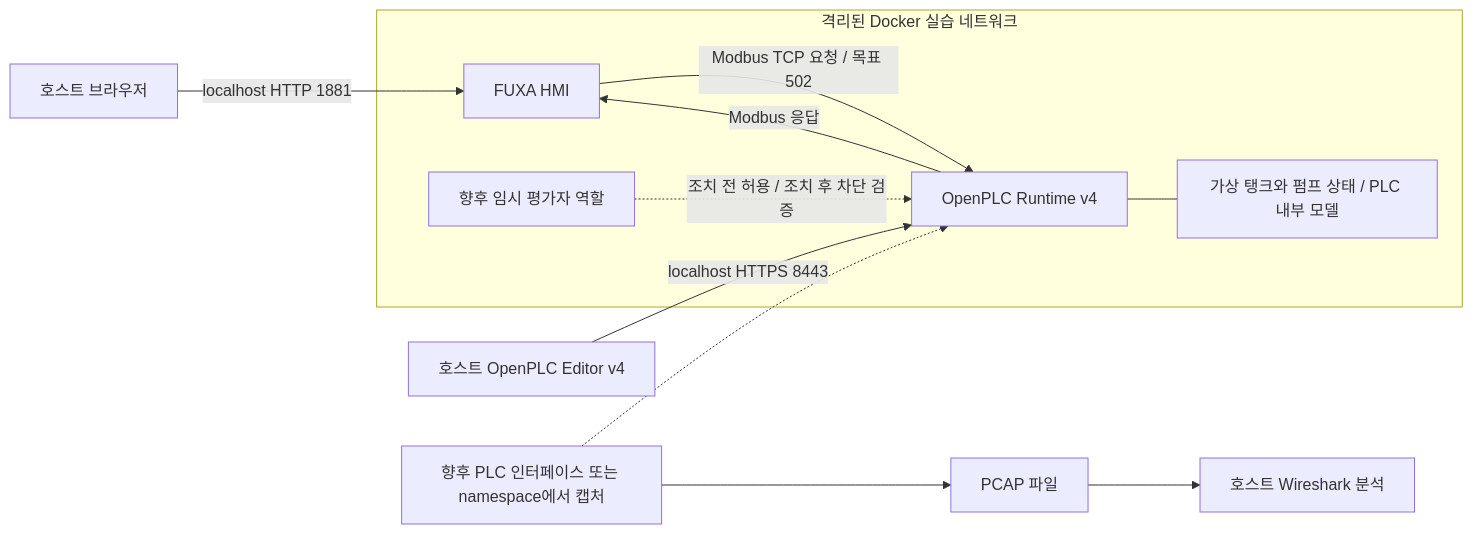
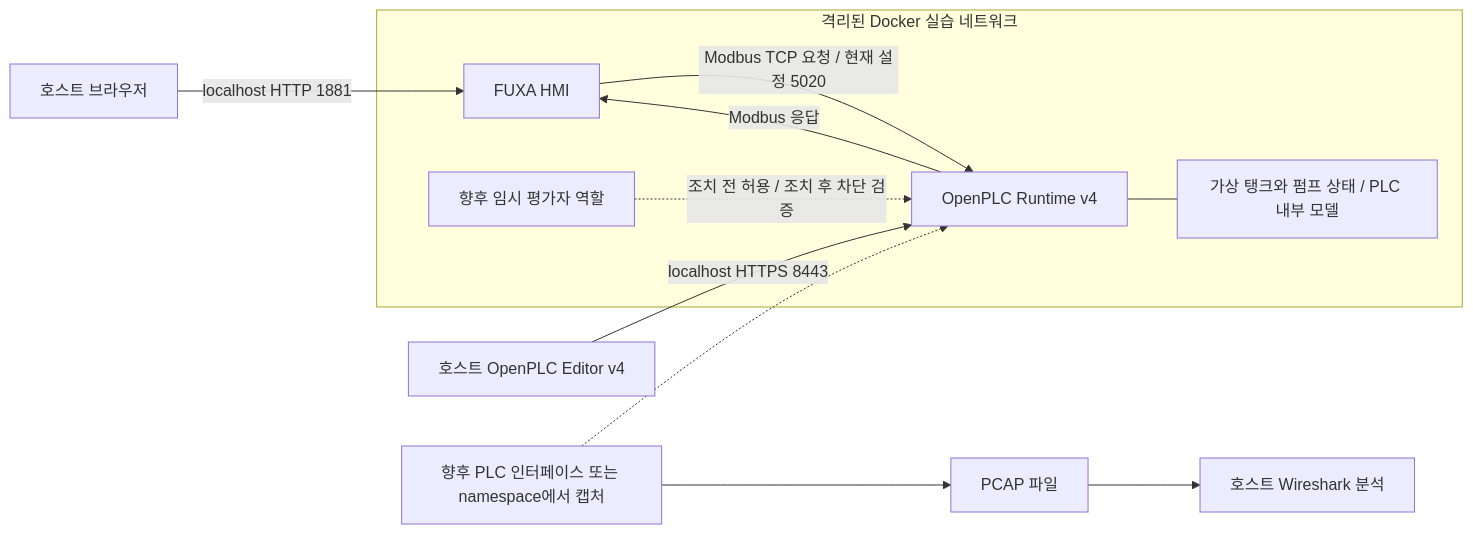
One commit to pepclou/ics-security-assessment-lab changed the diagram in docs/architecture.md. Above: the diagram before and after it, drawn with Mermaid. The commit also changed other lines of this file and 7 other files, not shown here.

````diff
--- a/docs/architecture.md
+++ b/docs/architecture.md
@@ -9,15 +9,15 @@
 ```mermaid
 flowchart LR
     Browser[호스트 브라우저] -->|localhost HTTP 1881| HMI[FUXA HMI]
     Editor[호스트 OpenPLC Editor v4] -->|localhost HTTPS 8443| PLC[OpenPLC Runtime v4]
     subgraph LAB[격리된 Docker 실습 네트워크]
-        HMI -->|Modbus TCP 요청 / 목표 502| PLC
+        HMI -->|Modbus TCP 요청 / 현재 설정 5020| PLC
         PLC -->|Modbus 응답| HMI
         PLC --- Process[가상 탱크와 펌프 상태 / PLC 내부 모델]
         Assessor[향후 임시 평가자 역할]
         Assessor -.->|조치 전 허용 / 조치 후 차단 검증| PLC
     end
     Capture[향후 PLC 인터페이스 또는 namespace에서 캡처] -.-> PLC
     Capture --> Pcap[PCAP 파일]
     Pcap --> WS[호스트 Wireshark 분석]
 ```
````
